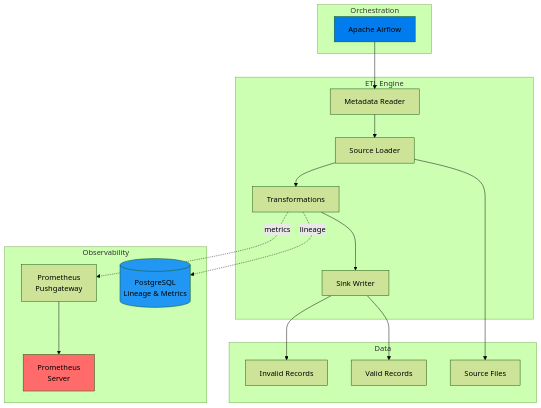
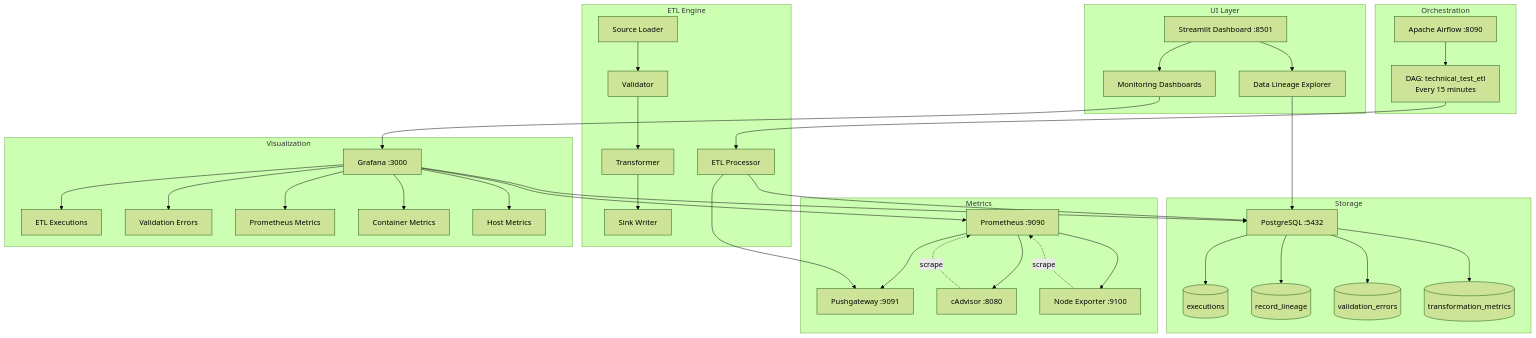
One commit to jsaenz-esquivel/data-test changed the first of 3 diagrams in README.md. Above: the diagram before and after it, drawn with Mermaid (forest theme). The commit also changed other lines of this file and 17 other files, not shown here.

Commit message:
feat: Complete ETL Observability Platform

````diff
--- a/README.md
+++ b/README.md
@@ -20,41 +43,73 @@
 ```mermaid
 graph TB
+    subgraph "UI Layer"
+        A[Streamlit Dashboard :8501]
+        A1[Data Lineage Explorer]
+        A2[Monitoring Dashboards]
+        A --> A1
+        A --> A2
+    end
+
     subgraph "Orchestration"
-        AIRFLOW[Apache Airflow]
+        B[Apache Airflow :8090]
+        B1[DAG: technical_test_etl<br/>Every 15 minutes]
+        B --> B1
     end
 
     subgraph "ETL Engine"
-        META[Metadata Reader]
-        LOADER[Source Loader]
-        TRANSFORM[Transformations]
-        WRITER[Sink Writer]
+        C[ETL Processor]
+        C1[Source Loader]
+        C2[Validator]
+        C3[Transformer]
+        C4[Sink Writer]
+        C1 --> C2
+        C2 --> C3
+        C3 --> C4
     end
 
-    subgraph "Observability"
-        POSTGRES[(PostgreSQL<br/>Lineage & Metrics)]
-        PUSHGW[Prometheus<br/>Pushgateway]
-        PROM[Prometheus<br/>Server]
+    subgraph "Storage"
+        D[PostgreSQL :5432]
+        D1[(executions)]
+        D2[(record_lineage)]
+        D3[(validation_errors)]
+        D4[(transformation_metrics)]
+        D --> D1
+        D --> D2
+        D --> D3
+        D --> D4
     end
 
-    subgraph "Data"
-        INPUT[Source Files]
-        OUTPUT_OK[Valid Records]
-        OUTPUT_KO[Invalid Records]
+    subgraph "Metrics"
+        E[Prometheus :9090]
+        E1[Pushgateway :9091]
+        E2[cAdvisor :8080]
+        E3[Node Exporter :9100]
+        E --> E1
+        E --> E2
+        E --> E3
     end
 
-    AIRFLOW --> META
-    META --> LOADER
-    LOADER --> INPUT
-    LOADER --> TRANSFORM
-    TRANSFORM --> WRITER
-    WRITER --> OUTPUT_OK
-    WRITER --> OUTPUT_KO
-    
-    TRANSFORM -.->|lineage| POSTGRES
-    TRANSFORM -.->|metrics| PUSHGW
-    PUSHGW --> PROM
+    subgraph "Visualization"
+        F[Grafana :3000]
+        F1[ETL Executions]
+        F2[Validation Errors]
+        F3[Prometheus Metrics]
+        F4[Container Metrics]
+        F5[Host Metrics]
+        F --> F1
+        F --> F2
+        F --> F3
+        F --> F4
+        F --> F5
+    end
 
-    style POSTGRES fill:#2196F3
-    style PROM fill:#FF6B6B
-    style AIRFLOW fill:#017CEE
+    B1 --> C
+    C --> D
+    C --> E1
+    A1 --> D
+    A2 --> F
+    E2 -.->|scrape| E
+    E3 -.->|scrape| E
+    F --> D
+    F --> E
 ```
````
